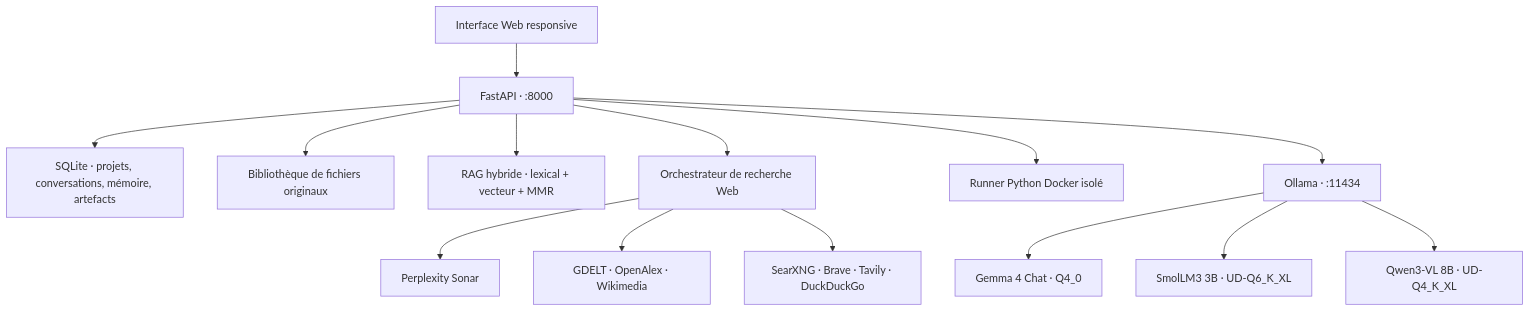
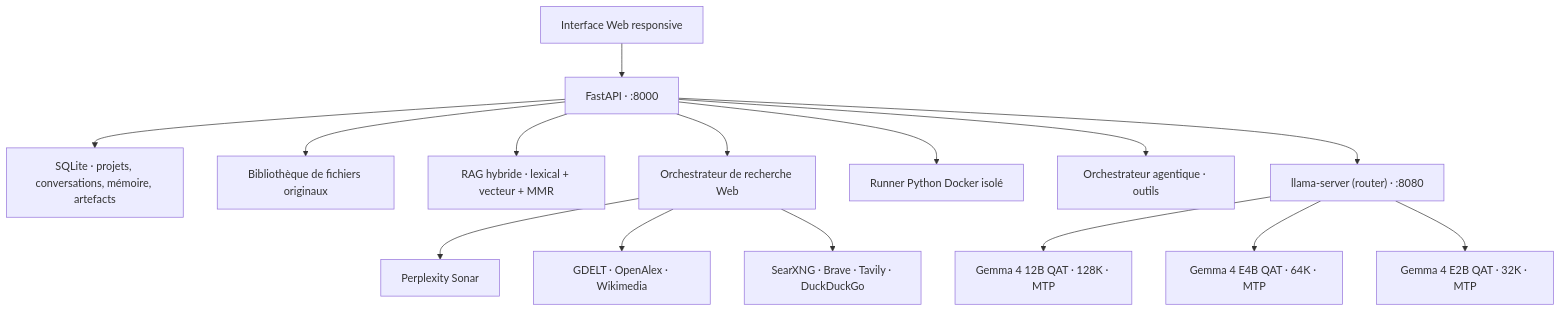
One commit to lasme-ephrem/lasme-llm changed the first of 2 diagrams in README.md. Above: the diagram before and after it, drawn with Mermaid. The commit also changed other lines of this file and 5 other files, not shown here.

````diff
--- a/README.md
+++ b/README.md
@@ -40,18 +46,19 @@
 ```mermaid
 flowchart TD
     UI["Interface Web responsive"] --> API["FastAPI · :8000"]
     API --> DB["SQLite · projets, conversations, mémoire, artefacts"]
     API --> FILES["Bibliothèque de fichiers originaux"]
     API --> RAG["RAG hybride · lexical + vecteur + MMR"]
     API --> SEARCH["Orchestrateur de recherche Web"]
     API --> RUNNER["Runner Python Docker isolé"]
-    API --> OLLAMA["Ollama · :11434"]
+    API --> AGENT["Orchestrateur agentique · outils"]
+    API --> LLAMA["llama-server (router) · :8080"]
 
-    OLLAMA --> GEMMA["Gemma 4 Chat · Q4_0"]
-    OLLAMA --> SMOL["SmolLM3 3B · UD-Q6_K_XL"]
-    OLLAMA --> VISION["Qwen3-VL 8B · UD-Q4_K_XL"]
+    LLAMA --> G12B["Gemma 4 12B QAT · 128K · MTP"]
+    LLAMA --> E4B["Gemma 4 E4B QAT · 64K · MTP"]
+    LLAMA --> E2B["Gemma 4 E2B QAT · 32K · MTP"]
 
     SEARCH --> SONAR["Perplexity Sonar"]
     SEARCH --> SPECIALISTS["GDELT · OpenAlex · Wikimedia"]
     SEARCH --> GENERAL["SearXNG · Brave · Tavily · DuckDuckGo"]
 ```
````
